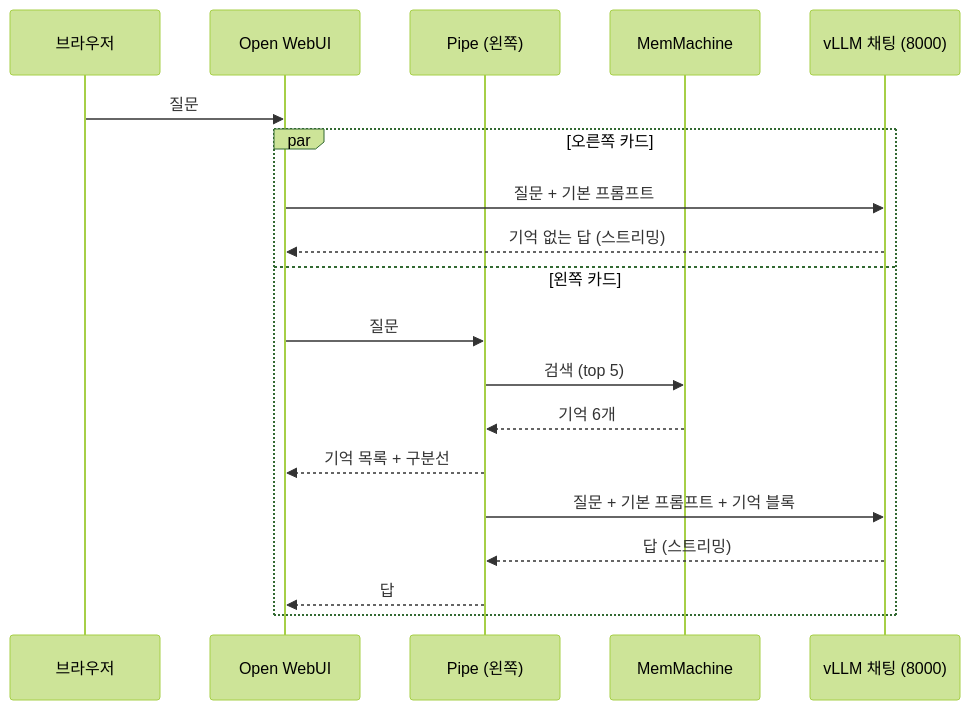
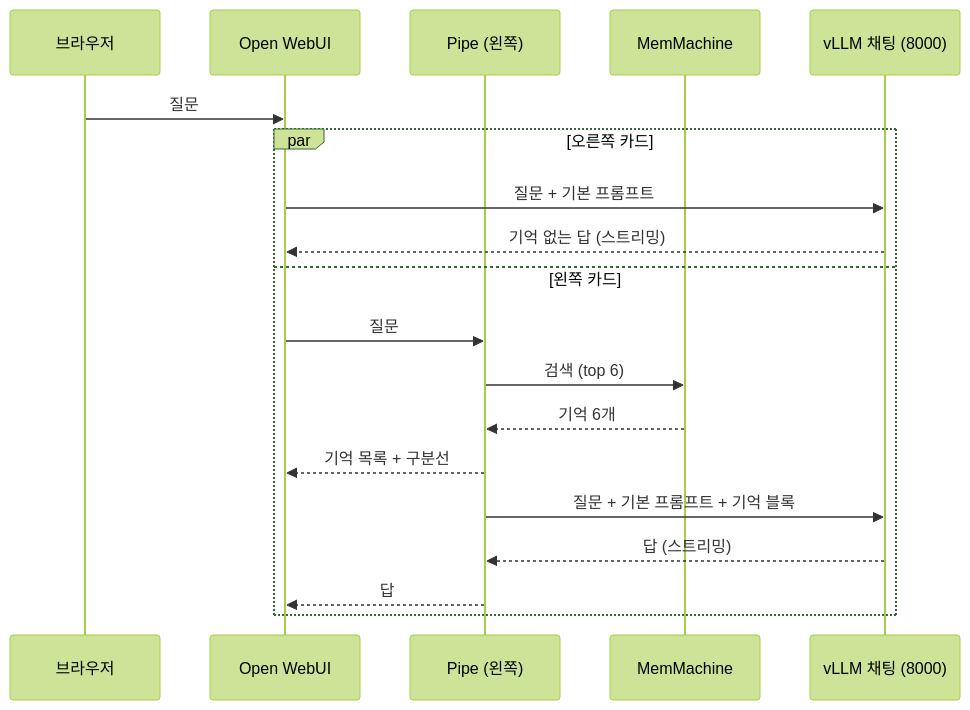
Before and after one commit to taejin-oh/MemMachine: the first of 5 diagrams in docs/msr/ces2027_demo/architecture_2026-10-27.md, drawn with Mermaid (forest theme). The commit also changed other lines of this file and 7 other files, not shown here.

````diff
--- a/docs/msr/ces2027_demo/architecture_2026-10-27.md
+++ b/docs/msr/ces2027_demo/architecture_2026-10-27.md
@@ -40,21 +40,21 @@
 ```mermaid
 sequenceDiagram
     participant B as 브라우저
     participant W as Open WebUI
     participant P as Pipe (왼쪽)
     participant M as MemMachine
     participant L as vLLM 채팅 (8000)
     B->>W: 질문
     par 오른쪽 카드
         W->>L: 질문 + 기본 프롬프트
         L-->>W: 기억 없는 답 (스트리밍)
     and 왼쪽 카드
         W->>P: 질문
-        P->>M: 검색 (top 5)
+        P->>M: 검색 (top 6)
         M-->>P: 기억 6개
         P-->>W: 기억 목록 + 구분선
         P->>L: 질문 + 기본 프롬프트 + 기억 블록
         L-->>P: 답 (스트리밍)
         P-->>W: 답
     end
 ```
````
